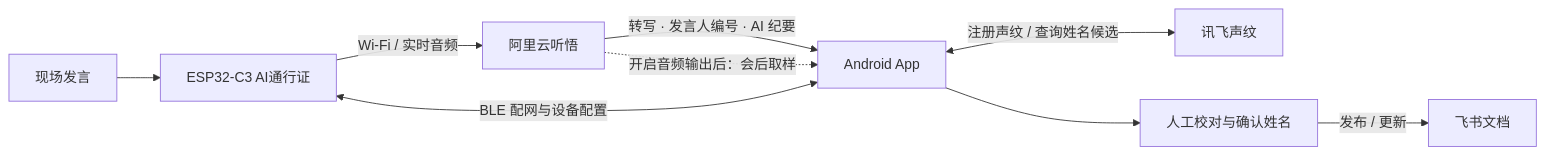
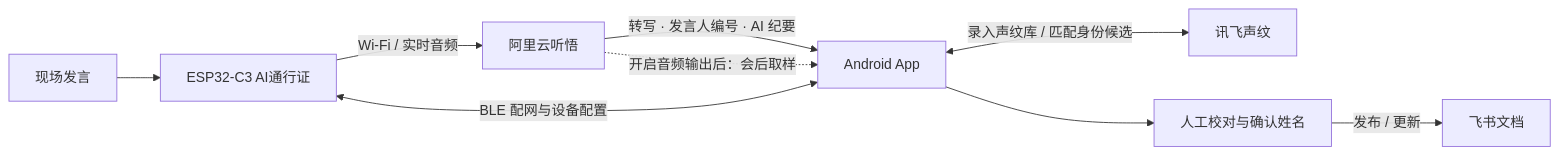
The diagram in README.md (1ikeMcFlurry/folo-meeting), drawn with Mermaid before and after one commit. The commit also changed other lines of this file and 2 other files, not shown here.

Commit message:
docs: clarify Tingwu diarization and Xfyun voiceprint responsibilities

````diff
--- a/README.md
+++ b/README.md
@@ -35,11 +50,11 @@
 ```mermaid
 flowchart LR
     User[现场发言] --> Device[ESP32-C3 AI通行证]
     App[Android App] <-->|BLE 配网与设备配置| Device
     Device -->|Wi-Fi / 实时音频| Tingwu[阿里云听悟]
     Tingwu -->|转写 · 发言人编号 · AI 纪要| App
     Tingwu -.->|开启音频输出后：会后取样| App
-    App <-->|注册声纹 / 查询姓名候选| Xfyun[讯飞声纹]
+    App <-->|录入声纹库 / 匹配身份候选| Xfyun[讯飞声纹]
     App --> Confirm[人工校对与确认姓名]
     Confirm -->|发布 / 更新| Feishu[飞书文档]
 ```
````
